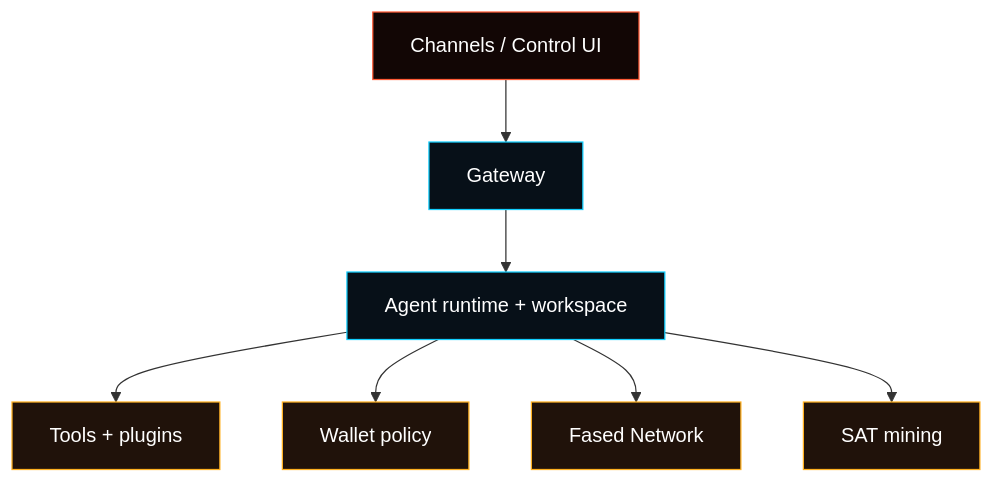
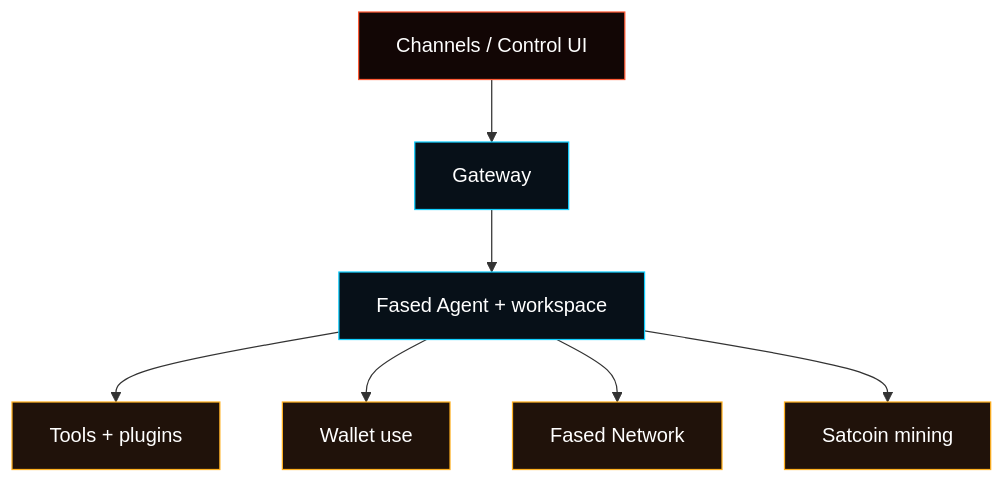
One commit to fased-ai/fased changed the diagram in docs/start/fased.md. Above: the diagram before and after it, drawn with Mermaid. The commit also changed other lines of this file and 26 other files, not shown here.

````diff
--- a/docs/start/fased.md
+++ b/docs/start/fased.md
@@ -34,16 +33,16 @@
 ```mermaid
 flowchart TB
   entry["Channels / Control UI"] --> gateway["Gateway"]
-  gateway --> agent["Agent runtime + workspace"]
+  gateway --> agent["Fased Agent + workspace"]
   agent --> tools["Tools + plugins"]
-  agent --> wallets["Wallet policy"]
+  agent --> wallets["Wallet use"]
   agent --> network["Fased Network"]
-  agent --> mining["SAT mining"]
+  agent --> mining["Satcoin mining"]
 
   classDef entry fill:#120605,stroke:#ff5a36,color:#ffffff;
   classDef core fill:#071018,stroke:#12cfff,color:#ffffff;
   classDef operator fill:#20120a,stroke:#ffb020,color:#ffffff;
   class entry entry;
   class gateway,agent core;
   class tools,wallets,network,mining operator;
 ```
````
